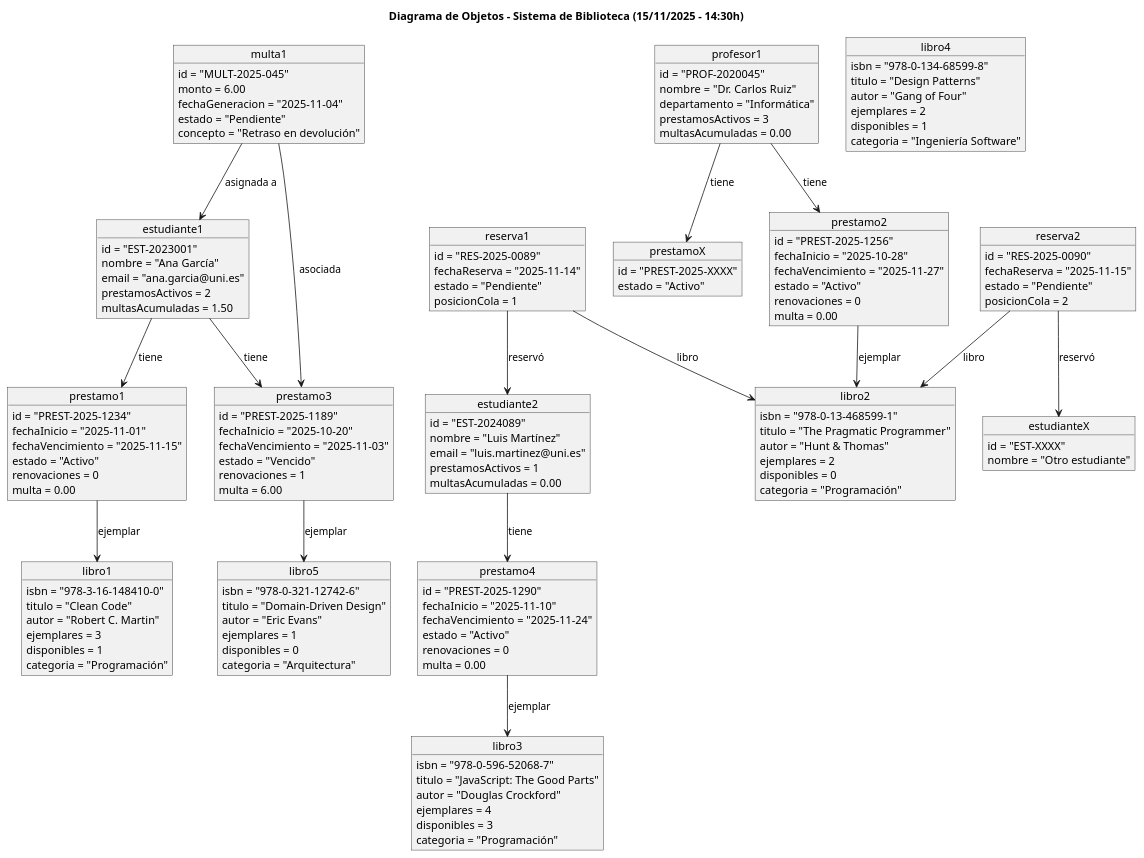
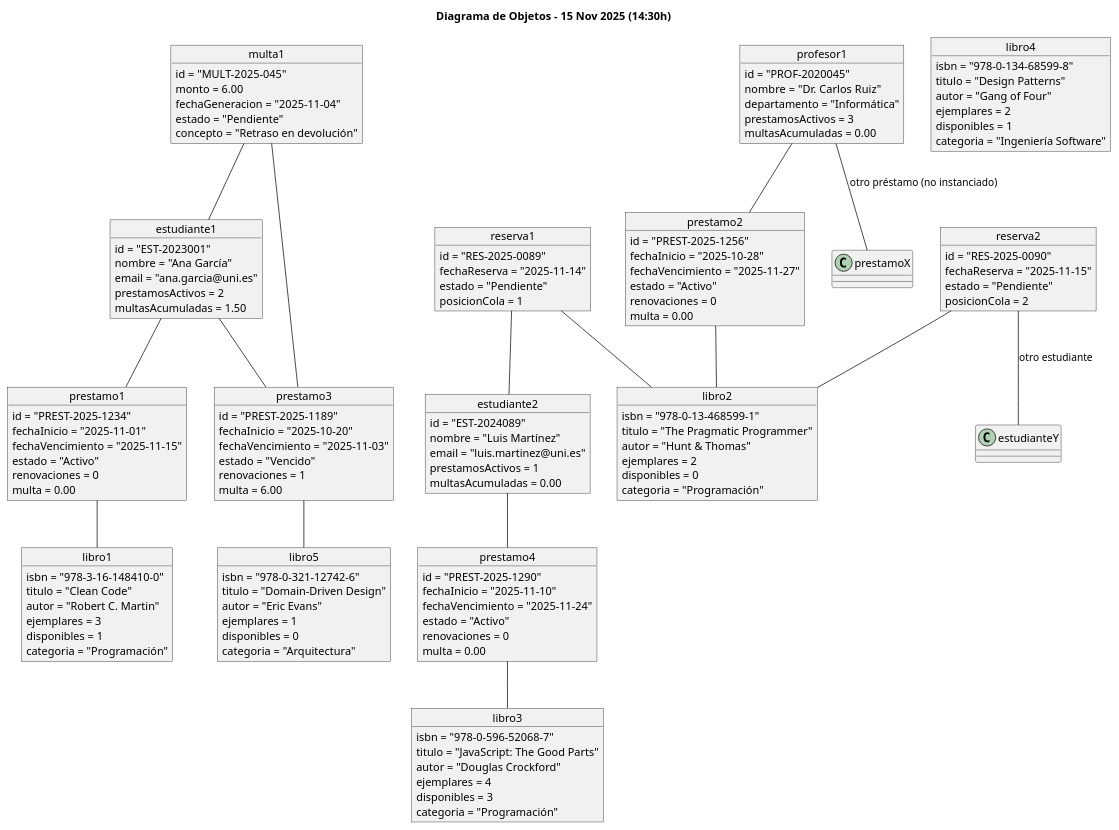
The diagram in entregas/katerine.rafael/AEC-PUML-UML/Diagrama_de_Objetos.puml (miguelancabezon/25-26-igps), drawn with PlantUML before and after one commit.

Commit message:
Mejorar del diagrama de objetos
Updated object diagram for the library system by modifying titles, removing unnecessary comments, and reformatting relationships between objects.

```diff
--- a/entregas/katerine.rafael/AEC-PUML-UML/Diagrama_de_Objetos.puml
+++ b/entregas/katerine.rafael/AEC-PUML-UML/Diagrama_de_Objetos.puml
@@ -1,189 +1,168 @@
 @startuml
-title Diagrama de Objetos - Sistema de Biblioteca (15/11/2025 - 14:30h)
+title Diagrama de Objetos - 15 Nov 2025 (14:30h)
 
-' ============================
-' USUARIOS
-' ============================
+' ==== OBJETOS USUARIOS ====
 
 object estudiante1 {
   id = "EST-2023001"
   nombre = "Ana García"
   email = "ana.garcia@uni.es"
   prestamosActivos = 2
   multasAcumuladas = 1.50
+}
+
+object estudiante2 {
+  id = "EST-2024089"
+  nombre = "Luis Martínez"
+  email = "luis.martinez@uni.es"
+  prestamosActivos = 1
+  multasAcumuladas = 0.00
 }
 
 object profesor1 {
   id = "PROF-2020045"
   nombre = "Dr. Carlos Ruiz"
   departamento = "Informática"
   prestamosActivos = 3
   multasAcumuladas = 0.00
 }
 
-object estudiante2 {
-  id = "EST-2024089"
-  nombre = "Luis Martínez"
-  email = "luis.martinez@uni.es"
-  prestamosActivos = 1
-  multasAcumuladas = 0.00
-}
-
-object estudianteX {
-  id = "EST-XXXX"
-  nombre = "Otro estudiante"
-}
-
-' ============================
-' LIBROS
-' ============================
+' ==== OBJETOS LIBROS ====
 
 object libro1 {
   isbn = "978-3-16-148410-0"
   titulo = "Clean Code"
   autor = "Robert C. Martin"
   ejemplares = 3
   disponibles = 1
   categoria = "Programación"
 }
 
 object libro2 {
   isbn = "978-0-13-468599-1"
   titulo = "The Pragmatic Programmer"
   autor = "Hunt & Thomas"
   ejemplares = 2
   disponibles = 0
   categoria = "Programación"
 }
 
 object libro3 {
   isbn = "978-0-596-52068-7"
   titulo = "JavaScript: The Good Parts"
   autor = "Douglas Crockford"
   ejemplares = 4
   disponibles = 3
   categoria = "Programación"
 }
 
 object libro4 {
   isbn = "978-0-134-68599-8"
   titulo = "Design Patterns"
   autor = "Gang of Four"
   ejemplares = 2
   disponibles = 1
   categoria = "Ingeniería Software"
 }
 
 object libro5 {
   isbn = "978-0-321-12742-6"
   titulo = "Domain-Driven Design"
   autor = "Eric Evans"
   ejemplares = 1
   disponibles = 0
   categoria = "Arquitectura"
 }
 
-' ============================
-' PRESTAMOS
-' ============================
+' ==== OBJETOS PRÉSTAMOS ====
 
 object prestamo1 {
   id = "PREST-2025-1234"
   fechaInicio = "2025-11-01"
   fechaVencimiento = "2025-11-15"
   estado = "Activo"
   renovaciones = 0
   multa = 0.00
 }
 
 object prestamo2 {
   id = "PREST-2025-1256"
   fechaInicio = "2025-10-28"
   fechaVencimiento = "2025-11-27"
   estado = "Activo"
   renovaciones = 0
   multa = 0.00
 }
 
 object prestamo3 {
   id = "PREST-2025-1189"
   fechaInicio = "2025-10-20"
   fechaVencimiento = "2025-11-03"
   estado = "Vencido"
   renovaciones = 1
   multa = 6.00
 }
 
 object prestamo4 {
   id = "PREST-2025-1290"
   fechaInicio = "2025-11-10"
   fechaVencimiento = "2025-11-24"
   estado = "Activo"
   renovaciones = 0
   multa = 0.00
 }
 
-object prestamoX {
-  id = "PREST-2025-XXXX"
-  estado = "Activo"
-}
-
-' ============================
-' RESERVAS
-' ============================
+' ==== OBJETOS RESERVAS ====
 
 object reserva1 {
   id = "RES-2025-0089"
   fechaReserva = "2025-11-14"
   estado = "Pendiente"
   posicionCola = 1
 }
 
 object reserva2 {
   id = "RES-2025-0090"
   fechaReserva = "2025-11-15"
   estado = "Pendiente"
   posicionCola = 2
 }
 
-' ============================
-' MULTA
-' ============================
+' ==== OBJETO MULTA ====
 
 object multa1 {
   id = "MULT-2025-045"
   monto = 6.00
   fechaGeneracion = "2025-11-04"
   estado = "Pendiente"
   concepto = "Retraso en devolución"
 }
 
-' ============================
-' RELACIONES
-' ============================
+' =====================================================
+'               RELACIONES ENTRE OBJETOS
+' =====================================================
 
-' Usuarios → Préstamos
-estudiante1 --> prestamo1 : tiene
-estudiante1 --> prestamo3 : tiene
-profesor1 --> prestamo2 : tiene
-profesor1 --> prestamoX : tiene
-estudiante2 --> prestamo4 : tiene
+' Usuarios - Préstamos
+estudiante1 -- prestamo1
+estudiante1 -- prestamo3
+profesor1 -- prestamo2
+profesor1 -- prestamoX : otro préstamo (no instanciado)
+estudiante2 -- prestamo4
 
-' Préstamos → Libros
-prestamo1 --> libro1 : ejemplar
-prestamo2 --> libro2 : ejemplar
-prestamo3 --> libro5 : ejemplar
-prestamo4 --> libro3 : ejemplar
+' Préstamos - Libros
+prestamo1 -- libro1
+prestamo2 -- libro2
+prestamo3 -- libro5
+prestamo4 -- libro3
 
-' Reservas → Usuarios y Libros
-reserva1 --> estudiante2 : reservó
-reserva1 --> libro2 : libro
+' Reservas
+reserva1 -- libro2
+reserva1 -- estudiante2
+reserva2 -- libro2
+reserva2 -- estudianteY : otro estudiante
 
-reserva2 --> estudianteX : reservó
-reserva2 --> libro2 : libro
-
-' Multas → Prestamo y Usuario
-multa1 --> prestamo3 : asociada
-multa1 --> estudiante1 : asignada a
+' Multa ligada a préstamo y usuario
+multa1 -- prestamo3
+multa1 -- estudiante1
 
 @enduml
```
